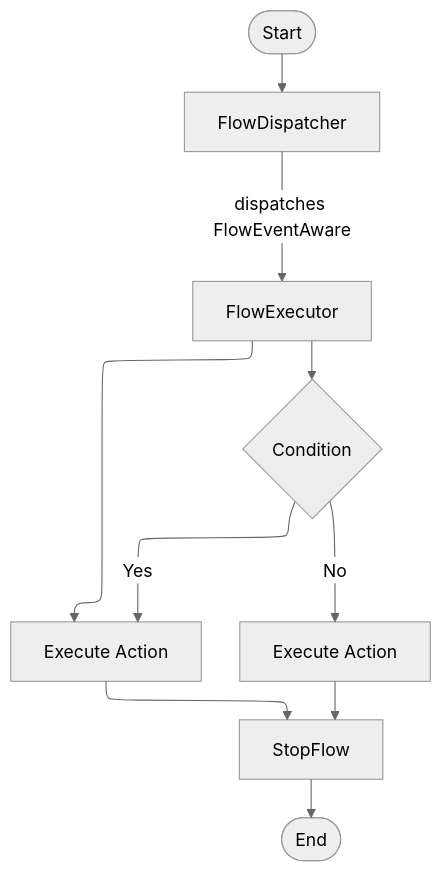
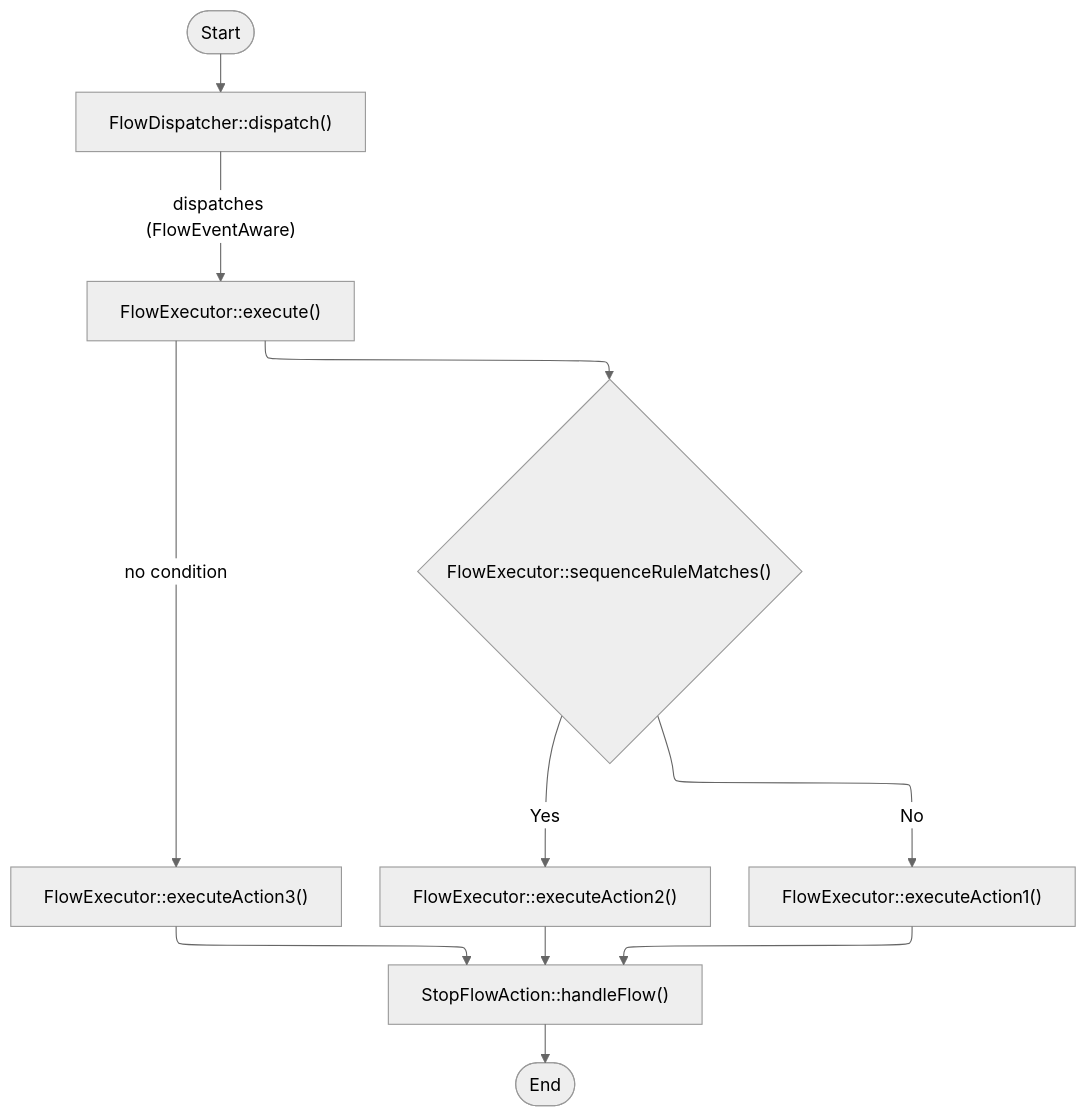
The first of 2 diagrams in concepts/framework/flow-concept.md (shopware/docs), drawn with Mermaid (neutral theme) before and after one commit. The commit also changed other lines of this file and 16 other files, not shown here.

Commit message:
Update diagrams and description

````diff
--- a/concepts/framework/flow-concept.md
+++ b/concepts/framework/flow-concept.md
@@ -46,12 +46,13 @@
 ```mermaid
 flowchart-elk TD
-    A([Start])-->B[FlowDispatcher]
-    B--dispatches FlowEventAware-->C[FlowExecutor]
-    C-->D{Condition}
-    C-->E[Execute Action]
-    D--Yes-->E    
-    E-->F[StopFlow]
+    A([Start])-->B["`FlowDispatcher::dispatch()`"]
+    B--dispatches (FlowEventAware)-->C["`FlowExecutor::execute()`"]
+    C-->D{"`FlowExecutor::sequenceRuleMatches()`"}
+    C--no condition-->E["`FlowExecutor::executeAction3()`"]
+    D--Yes-->I["`FlowExecutor::executeAction2()`"]    
+    E-->F["`StopFlowAction::handleFlow()`"]
     F-->G([End])
-    D--No -->H[Execute Action]
+    D--No -->H["`FlowExecutor::executeAction1()`"]
     H-->F
+    I-->F
 ```
````
